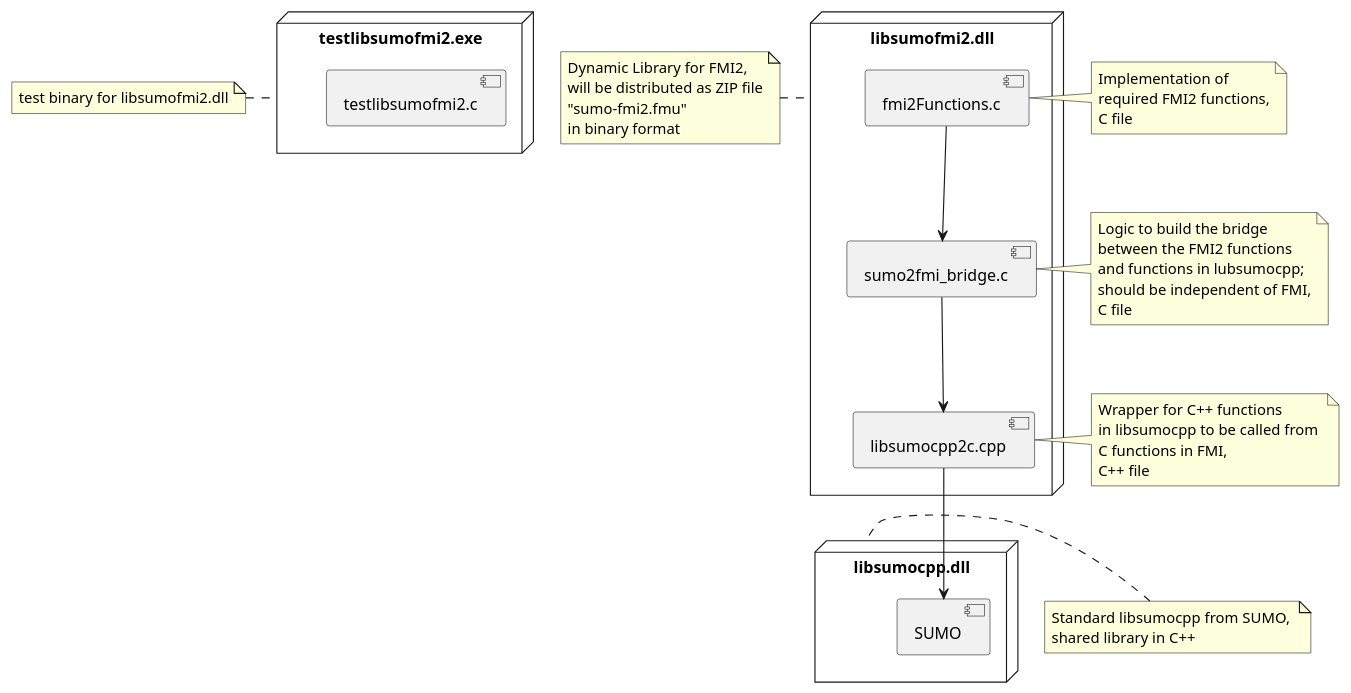
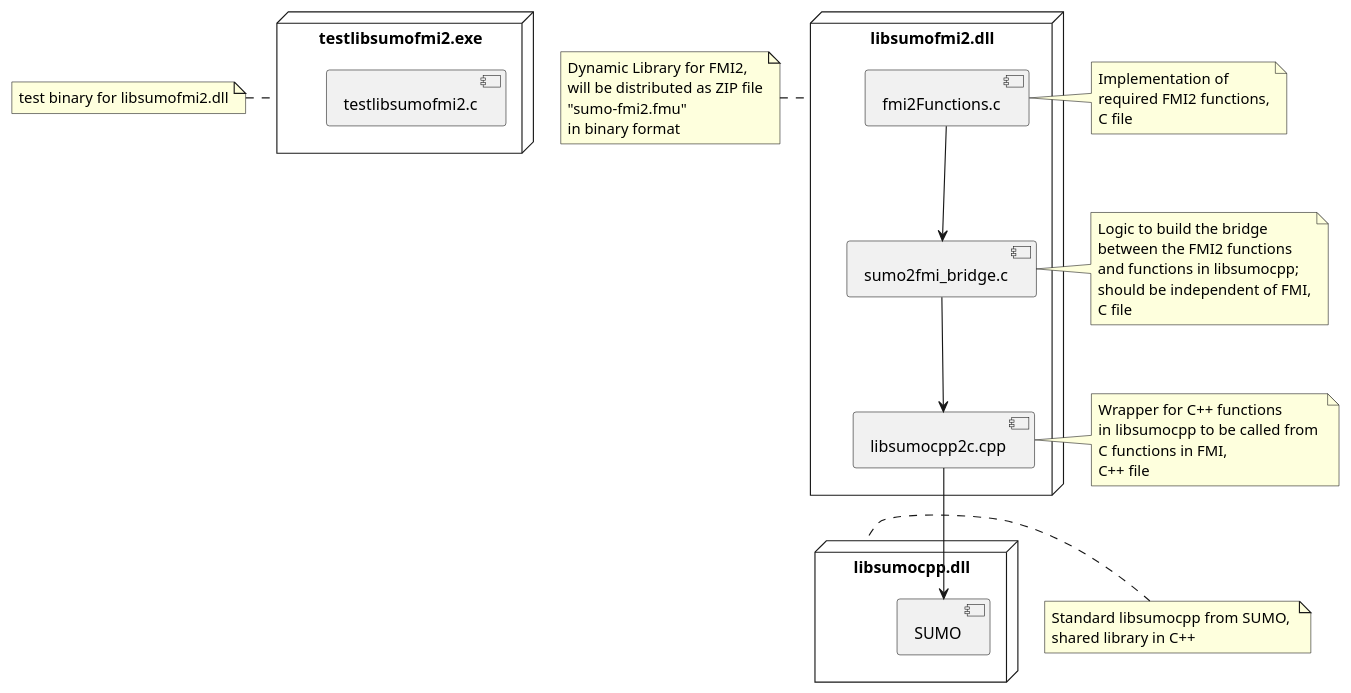
One commit to eclipse-sumo/sumo changed the diagram in docs/web/docs/Developer/FMI.md. Above: the diagram before and after it, drawn with PlantUML. The commit also changed 34 other files, not shown here.

````diff
--- a/docs/web/docs/Developer/FMI.md
+++ b/docs/web/docs/Developer/FMI.md
@@ -17,59 +17,59 @@
 ```plantuml
 @startuml
 node "testlibsumofmi2.exe" {
    [testlibsumofmi2.c] as testlibsumofmi2
 }
 
 
 node "libsumofmi2.dll" {
    [libsumocpp2c.cpp] as libsumocpp2c
    [sumo2fmi_bridge.c] as sumo2fmi_bridge
    [fmi2Functions.c] as fmi2Functions
 }
 
 node "libsumocpp.dll" {
    [SUMO]
 }
 
 [fmi2Functions] --> [sumo2fmi_bridge]
 [sumo2fmi_bridge] --> [libsumocpp2c]
 [libsumocpp2c]  --> [SUMO]
 
 note left of testlibsumofmi2.exe 
  test binary for libsumofmi2.dll
 end note
 
 note left of libsumofmi2.dll 
  Dynamic Library for FMI2, 
  will be distributed as ZIP file
  "sumo-fmi2.fmu"
  in binary format
 end note
 
 note left of [fmi2Functions]
  Implementation of 
  required FMI2 functions,
  C file
 end note
 
 note right of [sumo2fmi_bridge]
  Logic to build the bridge
  between the FMI2 functions
- and functions in lubsumocpp;
+ and functions in libsumocpp;
  should be independent of FMI,
  C file
 end note
 
 note right of [libsumocpp2c]
  Wrapper for C++ functions 
  in libsumocpp to be called from 
  C functions in FMI, 
  C++ file
 end note
 
 note left of libsumocpp.dll
  Standard libsumocpp from SUMO, 
  shared library in C++
 end note
 @enduml
 ```
````
